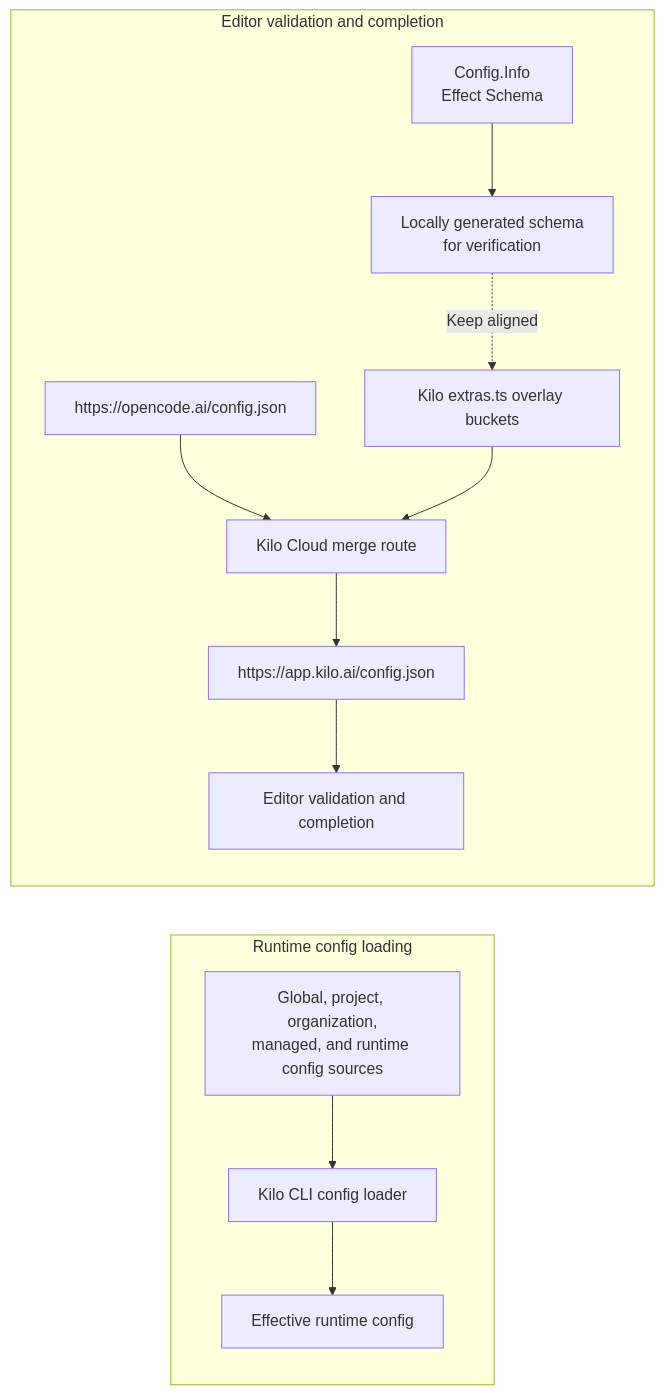
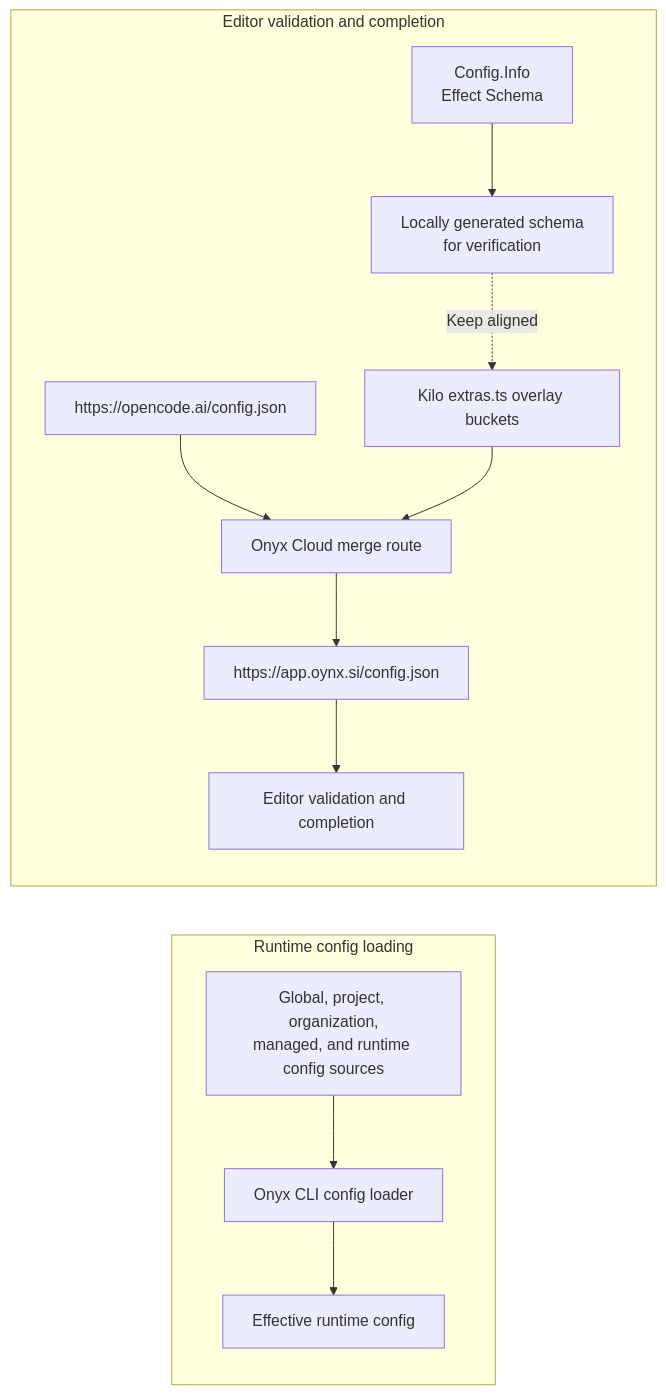
One commit to Manash8666/oynx changed the diagram in onyx/packages/kilo-docs/pages/contributing/architecture/config-schema.md. Above: the diagram before and after it, drawn with Mermaid. The commit also changed other lines of this file and 1535 other files, not shown here.

Commit message:
chore(branding): exhaustive purge of legacy kilo and external git references, updated to Onyx

````diff
--- a/onyx/packages/kilo-docs/pages/contributing/architecture/config-schema.md
+++ b/onyx/packages/kilo-docs/pages/contributing/architecture/config-schema.md
@@ -23,13 +23,13 @@
 ```mermaid
 flowchart LR
   subgraph runtime ["Runtime config loading"]
-    files["Global, project, organization,<br/>managed, and runtime config sources"] --> loader["Kilo CLI config loader"] --> effective["Effective runtime config"]
+    files["Global, project, organization,<br/>managed, and runtime config sources"] --> loader["Onyx CLI config loader"] --> effective["Effective runtime config"]
   end
 
   subgraph schema ["Editor validation and completion"]
     info["Config.Info<br/>Effect Schema"] --> generated["Locally generated schema<br/>for verification"]
-    upstream["https://opencode.ai/config.json"] --> overlay["Kilo Cloud merge route"]
-    extras["Kilo extras.ts overlay buckets"] --> overlay --> endpoint["https://app.kilo.ai/config.json"] --> editor["Editor validation and completion"]
+    upstream["https://opencode.ai/config.json"] --> overlay["Onyx Cloud merge route"]
+    extras["Kilo extras.ts overlay buckets"] --> overlay --> endpoint["https://app.oynx.si/config.json"] --> editor["Editor validation and completion"]
     generated -. "Keep aligned" .-> extras
   end
 ```
````
